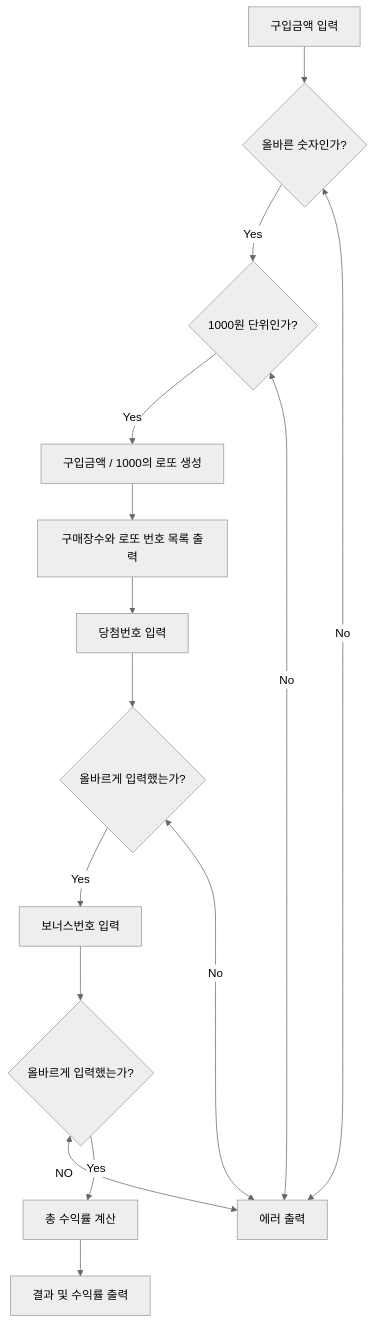
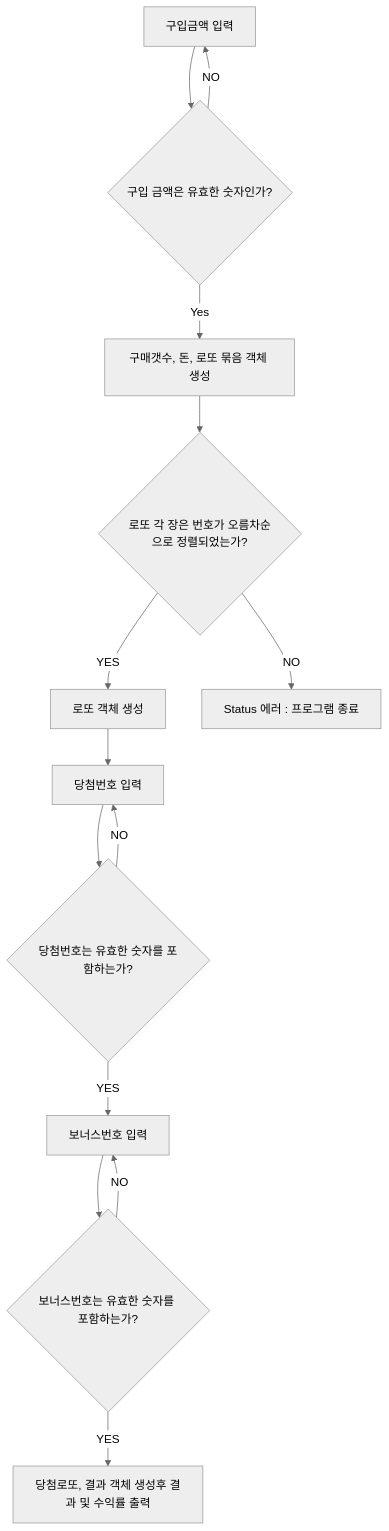
The first of 2 diagrams in docs/README.md (woowacourse-precourse/java-lotto-6), drawn with Mermaid (neutral theme) before and after one commit. The commit also changed other lines of this file, not shown here.

````diff
--- a/docs/README.md
+++ b/docs/README.md
@@ -23,17 +24,16 @@
-```mermaid
+```mermaid 
 graph
-    A[구입금액 입력] --> B{올바른 숫자인가?}
-    B -->|Yes| C{1000원 단위인가?}
-    C -->|Yes| D[구입금액 / 1000의 로또 생성]
-    C <-->|No| Z
-    D --> E[구매장수와 로또 번호 목록 출력]
+    A[구입금액 입력] --> B{구입 금액은 유효한 숫자인가?}
+    B -->|Yes| C[구매갯수, 돈, 로또 묶음 객체 생성]
+    B -->|NO| A
+    C --> D{로또 각 장은 번호가 오름차순으로 정렬되었는가?}
+    D -->|YES| E[로또 객체 생성]
+    D -->|NO| Z[Status 에러 : 프로그램 종료]
     E --> F[당첨번호 입력]
-    F --> G{올바르게 입력했는가?}
-    G -->|Yes| H[보너스번호 입력]
-    H --> I{올바르게 입력했는가?}
-    I <-->|NO| Z
-    I -->|Yes| J[총 수익률 계산]
-    J --> K[결과 및 수익률 출력]
-    B <-->|No| Z[에러 출력]
-    G <-->|No| Z
+    F --> G{당첨번호는 유효한 숫자를 포함하는가?}
+    G -->|YES| H[보너스번호 입력]
+    G -->|NO| F
+    H --> I{보너스번호는 유효한 숫자를 포함하는가?}
+    I -->|YES| J[당첨로또, 결과 객체 생성후 결과 및 수익률 출력]
+    I -->|NO| H
 ```
````
